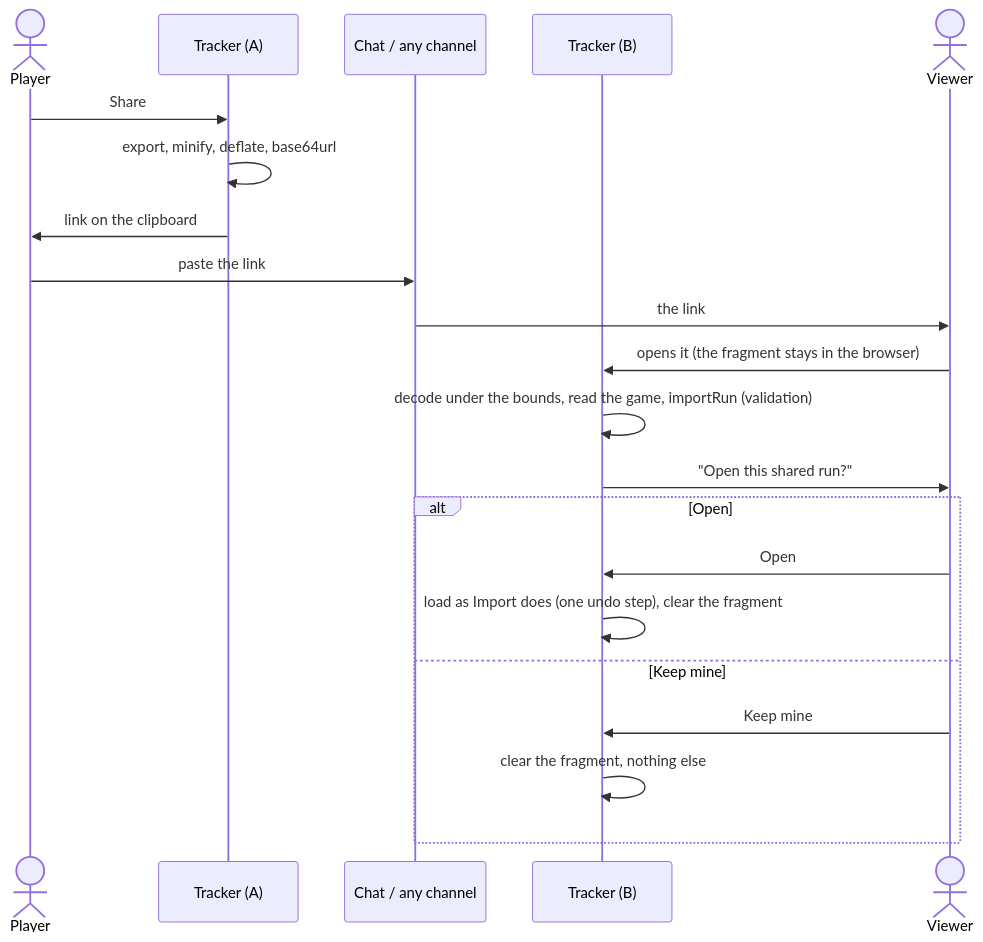
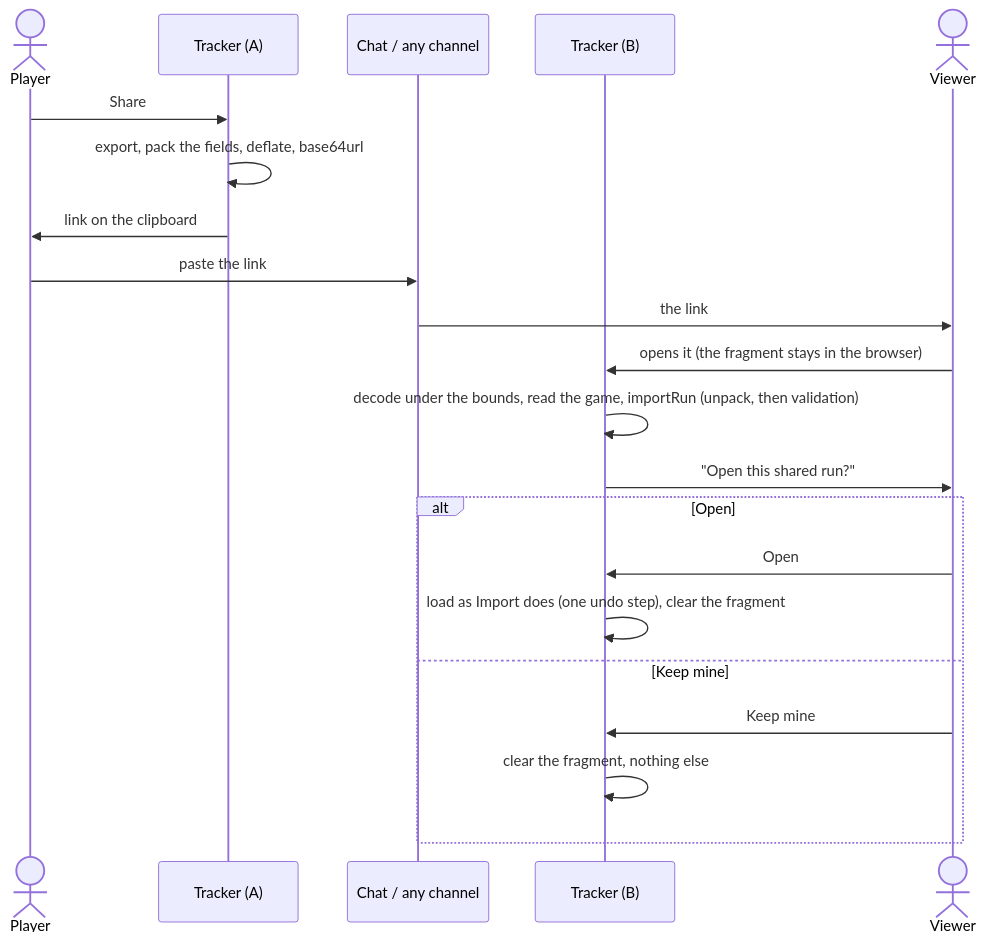
The diagram in docs/share.md (kqesar/alltp-tracker), drawn with Mermaid before and after one commit. The commit also changed other lines of this file and 19 other files, not shown here.

````diff
--- a/docs/share.md
+++ b/docs/share.md
@@ -15,23 +43,23 @@
 ```mermaid
 sequenceDiagram
   actor A as Player
   participant TA as Tracker (A)
   participant Chat as Chat / any channel
   participant TB as Tracker (B)
   actor B as Viewer
   A->>TA: Share
-  TA->>TA: export, minify, deflate, base64url
+  TA->>TA: export, pack the fields, deflate, base64url
   TA->>A: link on the clipboard
   A->>Chat: paste the link
   Chat->>B: the link
   B->>TB: opens it (the fragment stays in the browser)
-  TB->>TB: decode under the bounds, read the game, importRun (validation)
+  TB->>TB: decode under the bounds, read the game, importRun (unpack, then validation)
   TB->>B: "Open this shared run?"
   alt Open
     B->>TB: Open
     TB->>TB: load as Import does (one undo step), clear the fragment
   else Keep mine
     B->>TB: Keep mine
     TB->>TB: clear the fragment, nothing else
   end
 ```
````
